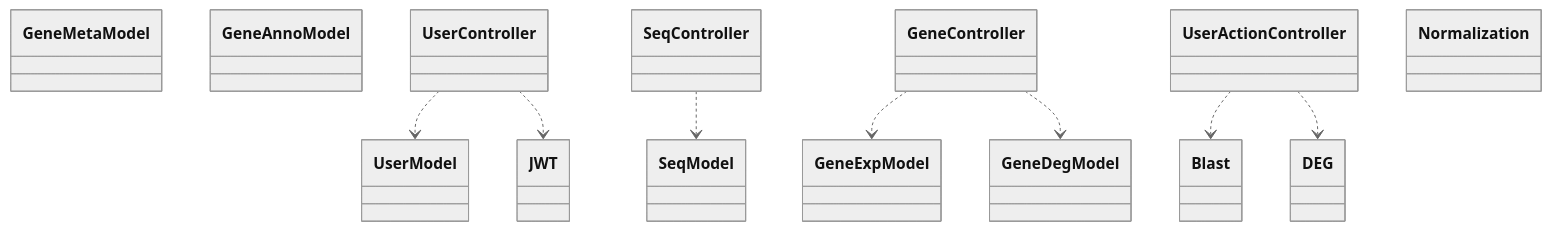
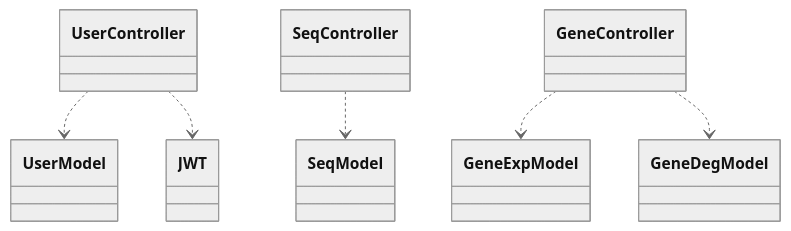
The second of 2 diagrams in docs/docs/design/index.md (zhang-bin-98/hanclass_bioinfor_server), drawn with Mermaid (neutral theme) before and after one commit. The commit also changed other lines of this file and 10 other files, not shown here.

````diff
--- a/docs/docs/design/index.md
+++ b/docs/docs/design/index.md
@@ -32,30 +30,21 @@
 ```mermaid
 classDiagram
 
 class UserModel
 class SeqModel
-class GeneMetaModel
 class GeneExpModel
-class GeneAnnoModel
 
 class UserController
 class SeqController
 class GeneController
-class UserActionController
 
 class JWT
-class Blast
-class Normalization
-class DEG
 
 UserController ..> UserModel
 UserController ..> JWT
 
 SeqController ..> SeqModel
 
 GeneController ..> GeneExpModel
 GeneController ..> GeneDegModel
-
-UserActionController ..> Blast
-UserActionController ..> DEG
 ```
````
